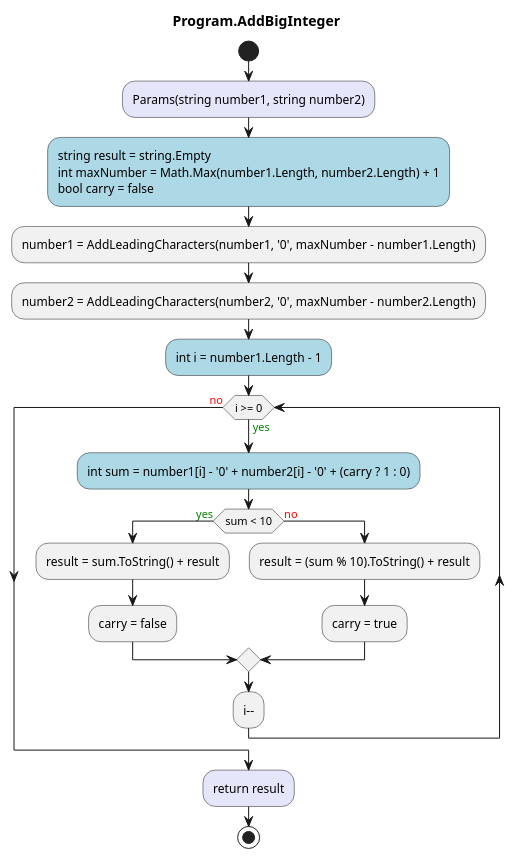
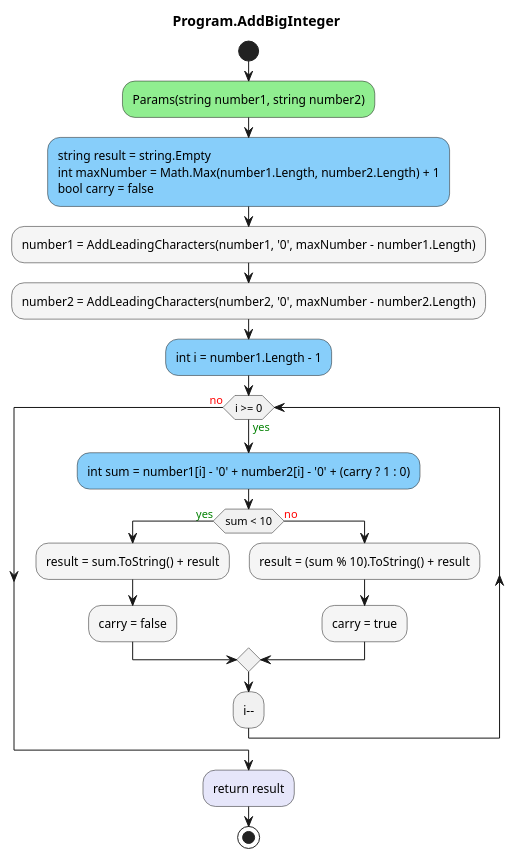
The diagram in AddBigInteger.ConApp/diagrams/ac_Program_AddBigInteger.puml (leoggehrer/2324-34_ABIF_ACIF_POSE), drawn with PlantUML before and after one commit. The commit also changed 11 other files, not shown here.

Commit message:
Tested sequence diagrams.

```diff
--- a/AddBigInteger.ConApp/diagrams/ac_Program_AddBigInteger.puml
+++ b/AddBigInteger.ConApp/diagrams/ac_Program_AddBigInteger.puml
@@ -1,24 +1,24 @@
 @startuml Program.AddBigInteger
 title Program.AddBigInteger
 start
-#Lavender:Params(string number1, string number2);
-#LightBlue:string result = string.Empty
+#LightGreen:Params(string number1, string number2);
+#LightSkyBlue:string result = string.Empty
 int maxNumber = Math.Max(number1.Length, number2.Length) + 1
 bool carry = false;
-:number1 = AddLeadingCharacters(number1, '0', maxNumber - number1.Length);
-:number2 = AddLeadingCharacters(number2, '0', maxNumber - number2.Length);
-#LightBlue:int i = number1.Length - 1;
+#WhiteSmoke:number1 = AddLeadingCharacters(number1, '0', maxNumber - number1.Length);
+#WhiteSmoke:number2 = AddLeadingCharacters(number2, '0', maxNumber - number2.Length);
+#LightSkyBlue:int i = number1.Length - 1;
 while (i >= 0) is (<color:green>yes)
-    #LightBlue:int sum = number1[i] - '0' + number2[i] - '0' + (carry ? 1 : 0);
+    #LightSkyBlue:int sum = number1[i] - '0' + number2[i] - '0' + (carry ? 1 : 0);
     if (sum < 10) then (<color:green>yes)
-        :result = sum.ToString() + result;
-        :carry = false;
+        #WhiteSmoke:result = sum.ToString() + result;
+        #WhiteSmoke:carry = false;
       else (<color:red>no)
-          :result = (sum % 10).ToString() + result;
-          :carry = true;
+          #WhiteSmoke:result = (sum % 10).ToString() + result;
+          #WhiteSmoke:carry = true;
     endif
 :i--;
 endwhile (<color:red>no)
 #Lavender:return result;
 stop
 @enduml
```
